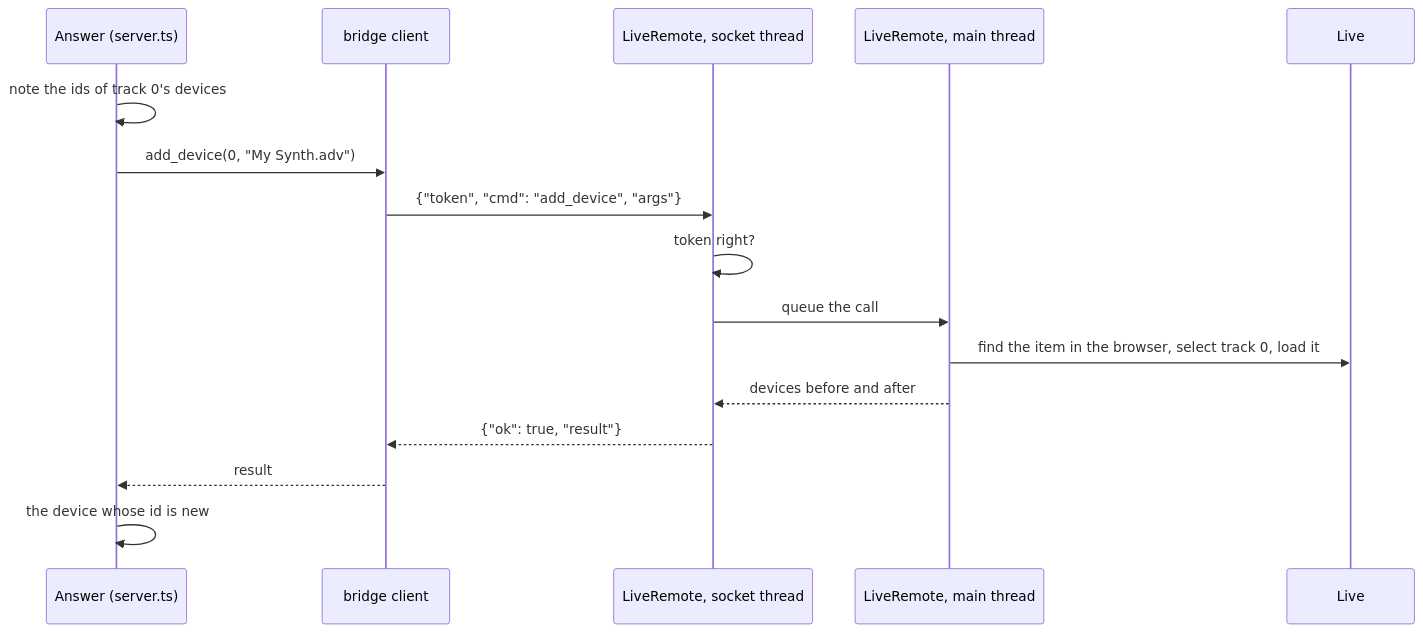
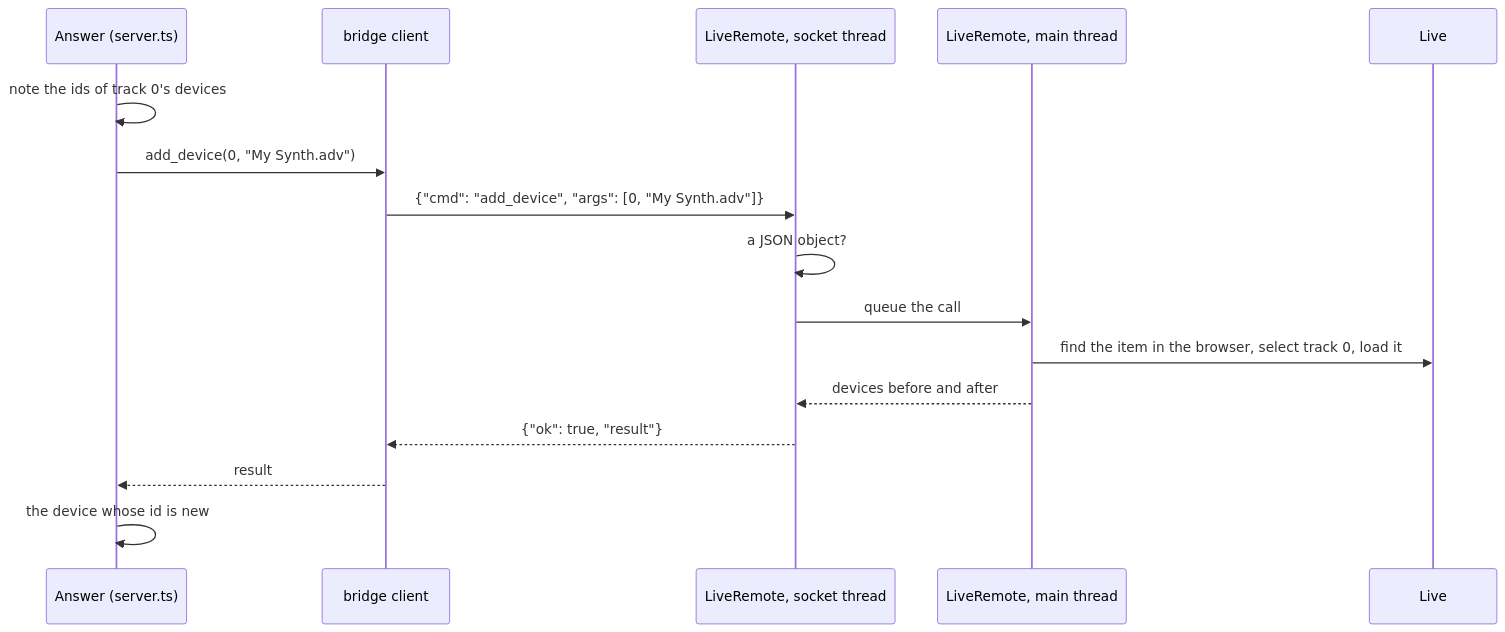
The fourth of 5 diagrams in docs/architecture.md (norrby/live-mcp), drawn with Mermaid before and after one commit. The commit also changed other lines of this file and 2 other files, not shown here.

````diff
--- a/docs/architecture.md
+++ b/docs/architecture.md
@@ -160,19 +161,19 @@
 ```mermaid
 sequenceDiagram
   participant M as Answer (server.ts)
   participant B as bridge client
   participant T as LiveRemote, socket thread
   participant Q as LiveRemote, main thread
   participant S as Live
 
   M->>M: note the ids of track 0's devices
   M->>B: add_device(0, "My Synth.adv")
-  B->>T: {"token", "cmd": "add_device", "args"}
-  T->>T: token right?
+  B->>T: {"cmd": "add_device", "args": [0, "My Synth.adv"]}
+  T->>T: a JSON object?
   T->>Q: queue the call
   Q->>S: find the item in the browser, select track 0, load it
   Q-->>T: devices before and after
   T-->>B: {"ok": true, "result"}
   B-->>M: result
   M->>M: the device whose id is new
 ```
````
